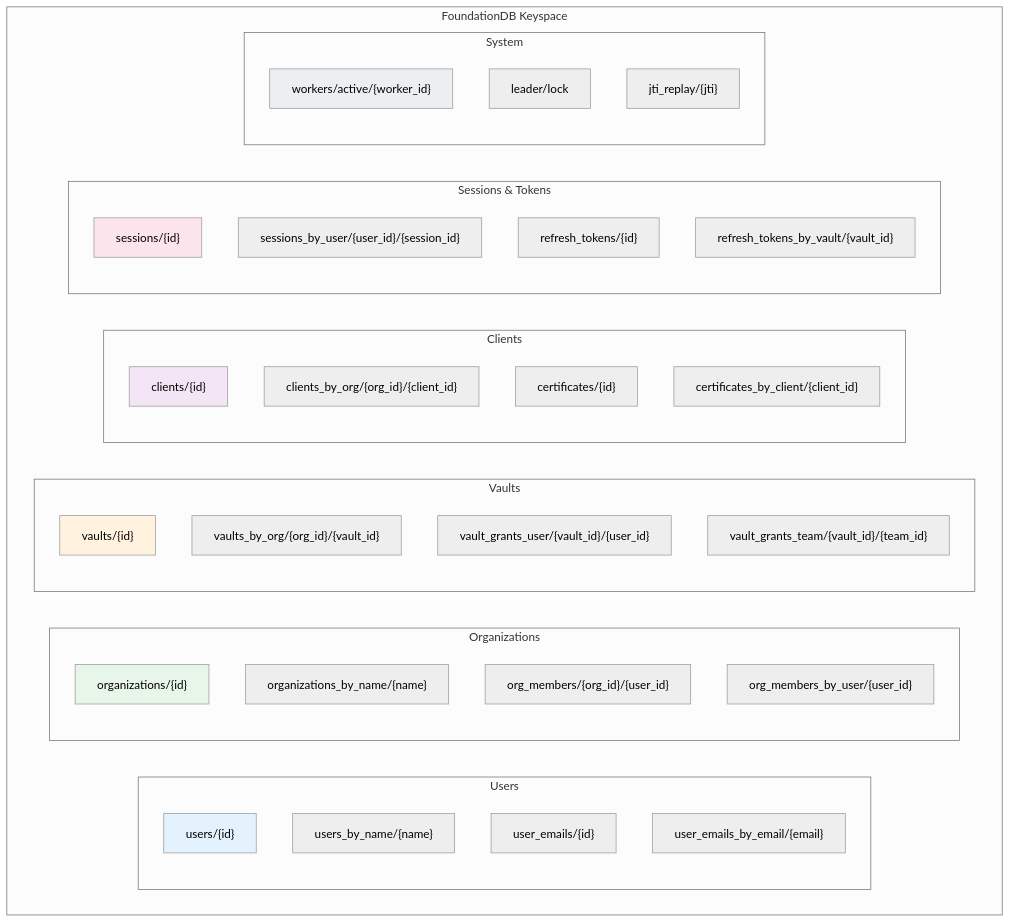
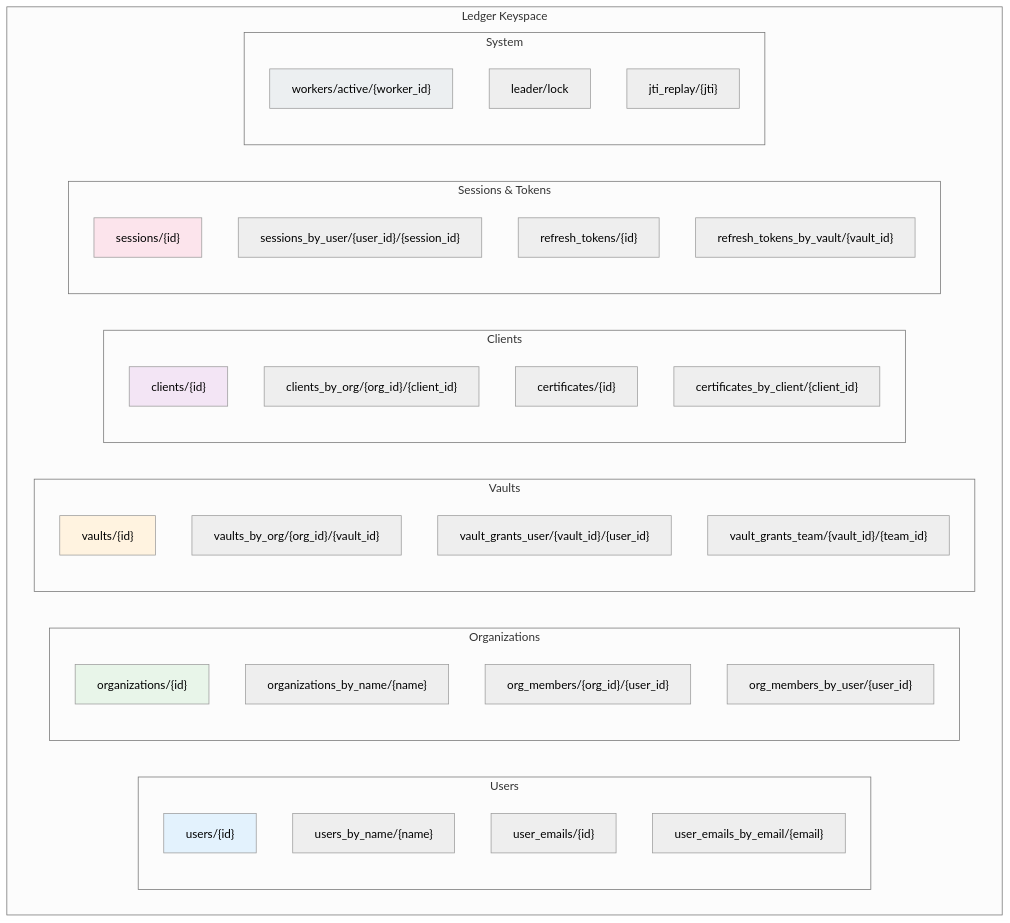
One commit to inferadb/control changed the sixth of 10 diagrams in docs/architecture.md. Above: the diagram before and after it, drawn with Mermaid (neutral theme). The commit also changed other lines of this file and 61 other files, not shown here.

````diff
--- a/docs/architecture.md
+++ b/docs/architecture.md
@@ -311,52 +311,52 @@
 ```mermaid
 graph TB
-    subgraph "FoundationDB Keyspace"
+    subgraph "Ledger Keyspace"
         subgraph "Users"
             U1["users/{id}"]
             U2["users_by_name/{name}"]
             U3["user_emails/{id}"]
             U4["user_emails_by_email/{email}"]
         end
 
         subgraph "Organizations"
             O1["organizations/{id}"]
             O2["organizations_by_name/{name}"]
             O3["org_members/{org_id}/{user_id}"]
             O4["org_members_by_user/{user_id}"]
         end
 
         subgraph "Vaults"
             V1["vaults/{id}"]
             V2["vaults_by_org/{org_id}/{vault_id}"]
             V3["vault_grants_user/{vault_id}/{user_id}"]
             V4["vault_grants_team/{vault_id}/{team_id}"]
         end
 
         subgraph "Clients"
             C1["clients/{id}"]
             C2["clients_by_org/{org_id}/{client_id}"]
             C3["certificates/{id}"]
             C4["certificates_by_client/{client_id}"]
         end
 
         subgraph "Sessions & Tokens"
             S1["sessions/{id}"]
             S2["sessions_by_user/{user_id}/{session_id}"]
             S3["refresh_tokens/{id}"]
             S4["refresh_tokens_by_vault/{vault_id}"]
         end
 
         subgraph "System"
             SYS1["workers/active/{worker_id}"]
             SYS2["leader/lock"]
             SYS3["jti_replay/{jti}"]
         end
     end
 
     style U1 fill:#E3F2FD
     style O1 fill:#E8F5E9
     style V1 fill:#FFF3E0
     style C1 fill:#F3E5F5
     style S1 fill:#FCE4EC
     style SYS1 fill:#ECEFF1
 ```
````
